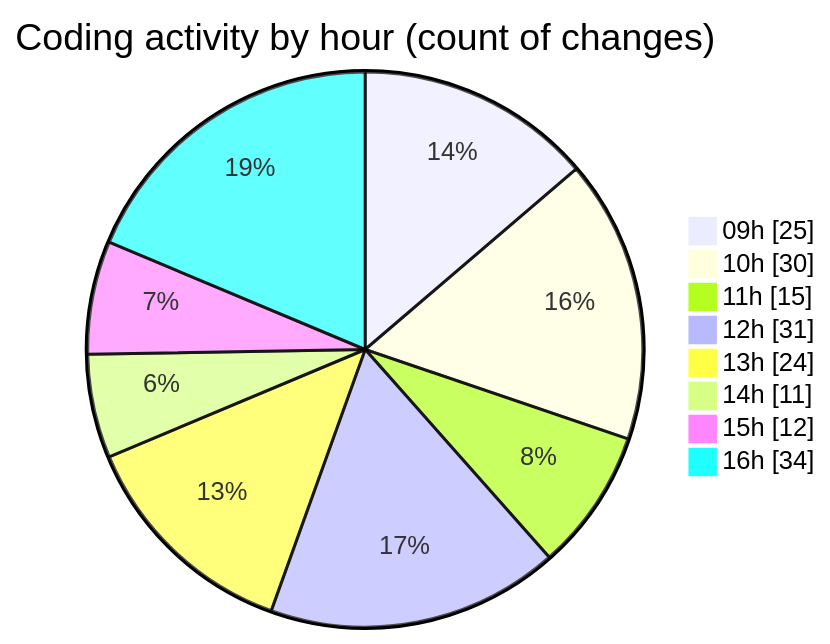
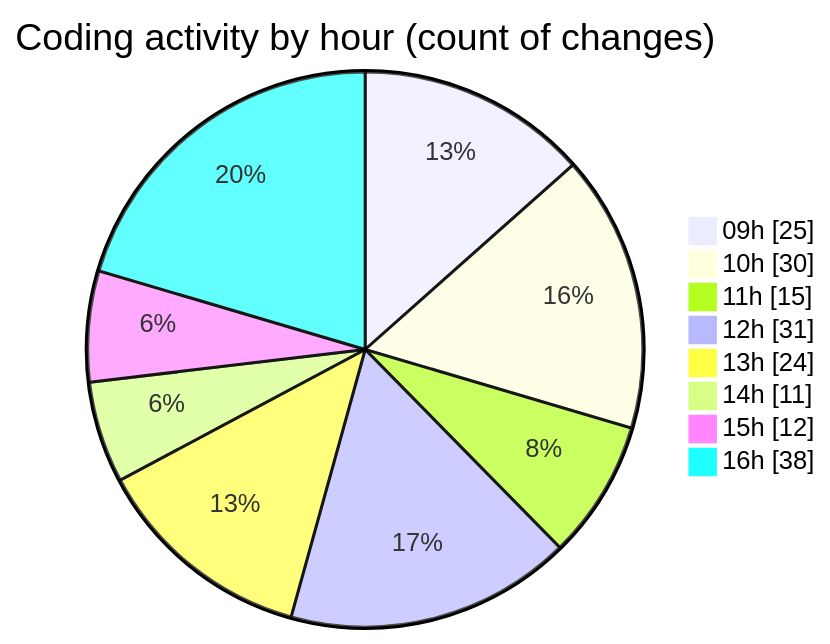
One commit to momahboobian/code-tracking changed the second of 2 diagrams in 2025-11-18/cda/README.md. Above: the diagram before and after it, drawn with Mermaid. The commit also changed other lines of this file and 1 other file, not shown here.

````diff
--- a/2025-11-18/cda/README.md
+++ b/2025-11-18/cda/README.md
@@ -46,12 +46,12 @@
 ```mermaid
 pie showData
 title Coding activity by hour (count of changes)
 "09h" : 25
 "10h" : 30
 "11h" : 15
 "12h" : 31
 "13h" : 24
 "14h" : 11
 "15h" : 12
-"16h" : 34
+"16h" : 38
 ```
````
